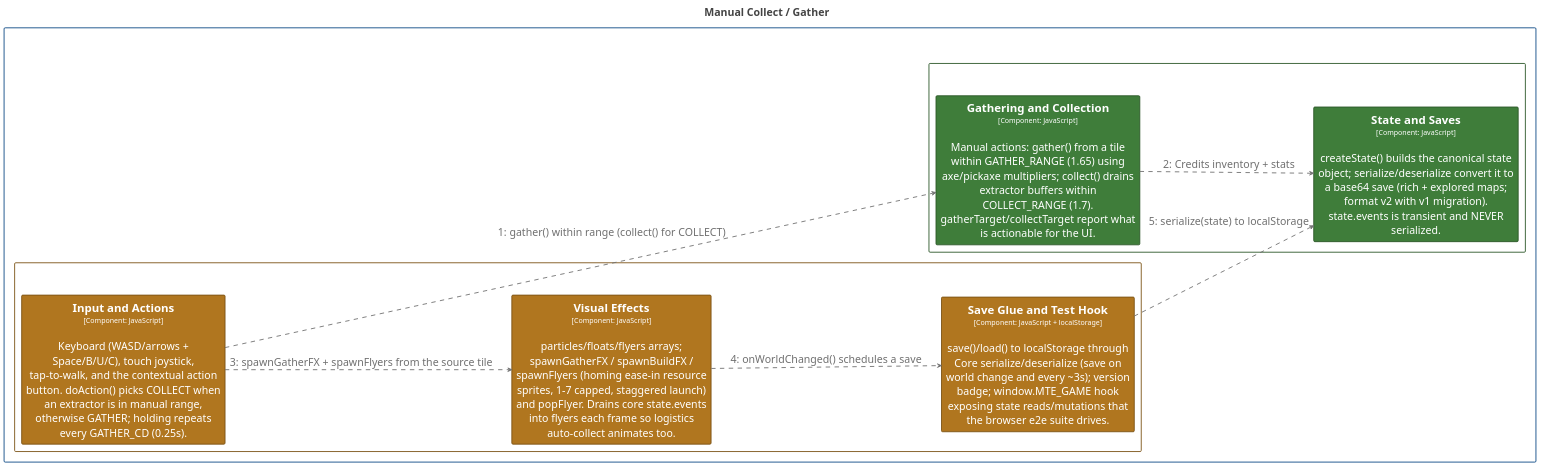
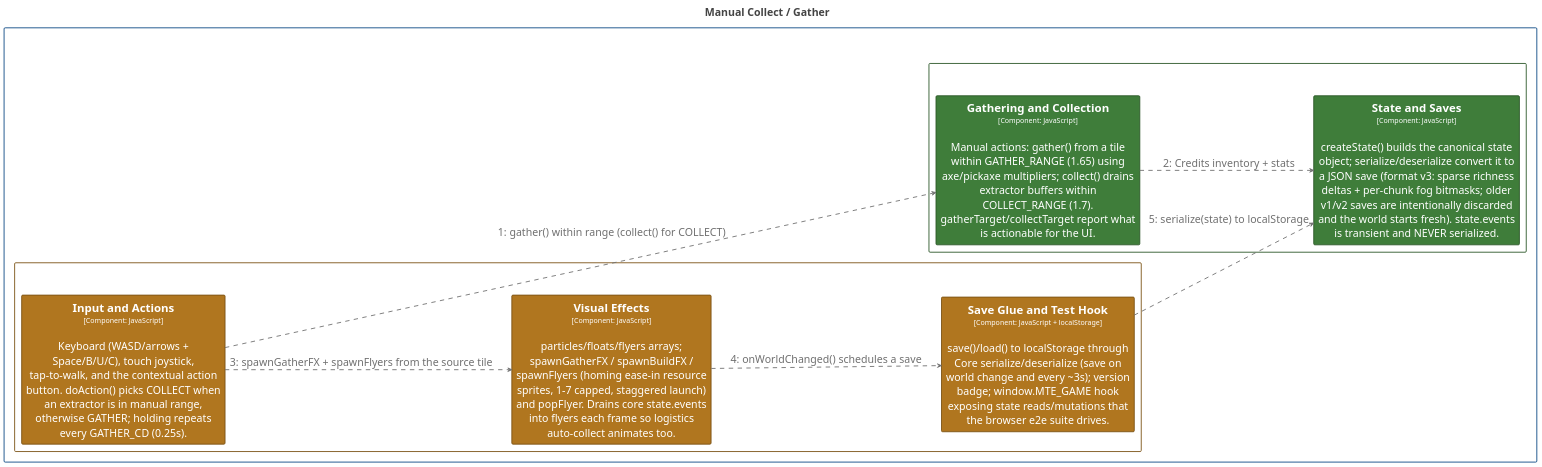
Before and after one commit to bitkojine/more-than-enough: the diagram in structurizr/diagrams/CollectFlow.puml, drawn with PlantUML. The commit also changed 20 other files, not shown here.

First line of the commit message:
v0.10.0: infinite procedural world — no edge, no wall (save format v3)

```diff
--- a/structurizr/diagrams/CollectFlow.puml
+++ b/structurizr/diagrams/CollectFlow.puml
@@ -2,103 +2,103 @@
 @startuml
 title <size:24>Manual Collect / Gather</size>
 
 set separator none
 left to right direction
 skinparam ranksep 20
 skinparam nodesep 5
 hide stereotype
 
 <style>
   root {
     BackgroundColor: #ffffff;
     FontColor: #444444;
   }
   // Element,Component,Core Engine
   .Element-RWxlbWVudCxDb21wb25lbnQsQ29yZSBFbmdpbmU= {
     BackgroundColor: #3f7d3a;
     LineColor: #2c5728;
     LineStyle: 0;
     LineThickness: 2;
     FontColor: #ffffff;
     FontSize: 24;
     HorizontalAlignment: center;
     Shadowing: 0;
     MaximumWidth: 450;
   }
   // Element,Component,Presentation
   .Element-RWxlbWVudCxDb21wb25lbnQsUHJlc2VudGF0aW9u {
     BackgroundColor: #b0761f;
     LineColor: #7b5215;
     LineStyle: 0;
     LineThickness: 2;
     FontColor: #ffffff;
     FontSize: 24;
     HorizontalAlignment: center;
     Shadowing: 0;
     MaximumWidth: 450;
   }
   // Relationship
   .Relationship-UmVsYXRpb25zaGlw {
     LineThickness: 2;
     LineStyle: 10-10;
     LineColor: #707070;
     FontColor: #707070;
     FontSize: 24;
     MaximumWidth: 200;
   }
   // MORE THAN ENOUGH
   .Boundary-TU9SRSBUSEFOIEVOT1VHSA== {
     BackgroundColor: #ffffff;
     LineColor: #0b4884;
     LineStyle: 0;
     LineThickness: 2;
     FontColor: #ffffff;
     FontSize: 24;
     HorizontalAlignment: center;
     Shadowing: 0;
   }
   // Simulation Core
   .Boundary-U2ltdWxhdGlvbiBDb3Jl {
     BackgroundColor: #ffffff;
     LineColor: #2c5728;
     LineStyle: 0;
     LineThickness: 2;
     FontColor: #ffffff;
     FontSize: 24;
     HorizontalAlignment: center;
     Shadowing: 0;
   }
   // Web Application
   .Boundary-V2ViIEFwcGxpY2F0aW9u {
     BackgroundColor: #ffffff;
     LineColor: #7b5215;
     LineStyle: 0;
     LineThickness: 2;
     FontColor: #ffffff;
     FontSize: 24;
     HorizontalAlignment: center;
     Shadowing: 0;
   }
 </style>
 
 rectangle "MORE THAN ENOUGH\n<size:16>[Software System]</size>" <<Boundary-TU9SRSBUSEFOIEVOT1VHSA==>> {
   rectangle "Simulation Core\n<size:16>[Container: JavaScript (ES5, browser + Node)]</size>" <<Boundary-U2ltdWxhdGlvbiBDb3Jl>> {
-    rectangle "==State and Saves\n<size:16>[Component: JavaScript]</size>\n\ncreateState() builds the canonical state object; serialize/deserialize convert it to a base64 save (rich + explored maps; format v2 with v1 migration). state.events is transient and NEVER serialized." <<Element-RWxlbWVudCxDb21wb25lbnQsQ29yZSBFbmdpbmU=>> as MORETHANENOUGH.SimulationCore.StateandSaves
+    rectangle "==State and Saves\n<size:16>[Component: JavaScript]</size>\n\ncreateState() builds the canonical state object; serialize/deserialize convert it to a JSON save (format v3: sparse richness deltas + per-chunk fog bitmasks; older v1/v2 saves are intentionally discarded and the world starts fresh). state.events is transient and NEVER serialized." <<Element-RWxlbWVudCxDb21wb25lbnQsQ29yZSBFbmdpbmU=>> as MORETHANENOUGH.SimulationCore.StateandSaves
     rectangle "==Gathering and Collection\n<size:16>[Component: JavaScript]</size>\n\nManual actions: gather() from a tile within GATHER_RANGE (1.65) using axe/pickaxe multipliers; collect() drains extractor buffers within COLLECT_RANGE (1.7). gatherTarget/collectTarget report what is actionable for the UI." <<Element-RWxlbWVudCxDb21wb25lbnQsQ29yZSBFbmdpbmU=>> as MORETHANENOUGH.SimulationCore.GatheringandCollection
   }
 
   rectangle "Web Application\n<size:16>[Container: HTML/CSS/JavaScript]</size>" <<Boundary-V2ViIEFwcGxpY2F0aW9u>> {
     rectangle "==Save Glue and Test Hook\n<size:16>[Component: JavaScript + localStorage]</size>\n\nsave()/load() to localStorage through Core serialize/deserialize (save on world change and every ~3s); version badge; window.MTE_GAME hook exposing state reads/mutations that the browser e2e suite drives." <<Element-RWxlbWVudCxDb21wb25lbnQsUHJlc2VudGF0aW9u>> as MORETHANENOUGH.WebApplication.SaveGlueandTestHook
     rectangle "==Input and Actions\n<size:16>[Component: JavaScript]</size>\n\nKeyboard (WASD/arrows + Space/B/U/C), touch joystick, tap-to-walk, and the contextual action button. doAction() picks COLLECT when an extractor is in manual range, otherwise GATHER; holding repeats every GATHER_CD (0.25s)." <<Element-RWxlbWVudCxDb21wb25lbnQsUHJlc2VudGF0aW9u>> as MORETHANENOUGH.WebApplication.InputandActions
     rectangle "==Visual Effects\n<size:16>[Component: JavaScript]</size>\n\nparticles/floats/flyers arrays; spawnGatherFX / spawnBuildFX / spawnFlyers (homing ease-in resource sprites, 1-7 capped, staggered launch) and popFlyer. Drains core state.events into flyers each frame so logistics auto-collect animates too." <<Element-RWxlbWVudCxDb21wb25lbnQsUHJlc2VudGF0aW9u>> as MORETHANENOUGH.WebApplication.VisualEffects
   }
 
 }
 
 MORETHANENOUGH.WebApplication.InputandActions --> MORETHANENOUGH.SimulationCore.GatheringandCollection <<Relationship-UmVsYXRpb25zaGlw>> : "1: gather() within range (collect() for COLLECT)"
 MORETHANENOUGH.SimulationCore.GatheringandCollection --> MORETHANENOUGH.SimulationCore.StateandSaves <<Relationship-UmVsYXRpb25zaGlw>> : "2: Credits inventory + stats"
 MORETHANENOUGH.WebApplication.InputandActions --> MORETHANENOUGH.WebApplication.VisualEffects <<Relationship-UmVsYXRpb25zaGlw>> : "3: spawnGatherFX + spawnFlyers from the source tile"
 MORETHANENOUGH.WebApplication.VisualEffects --> MORETHANENOUGH.WebApplication.SaveGlueandTestHook <<Relationship-UmVsYXRpb25zaGlw>> : "4: onWorldChanged() schedules a save"
 MORETHANENOUGH.WebApplication.SaveGlueandTestHook --> MORETHANENOUGH.SimulationCore.StateandSaves <<Relationship-UmVsYXRpb25zaGlw>> : "5: serialize(state) to localStorage"
 
 @enduml
```
